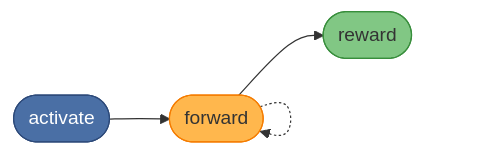
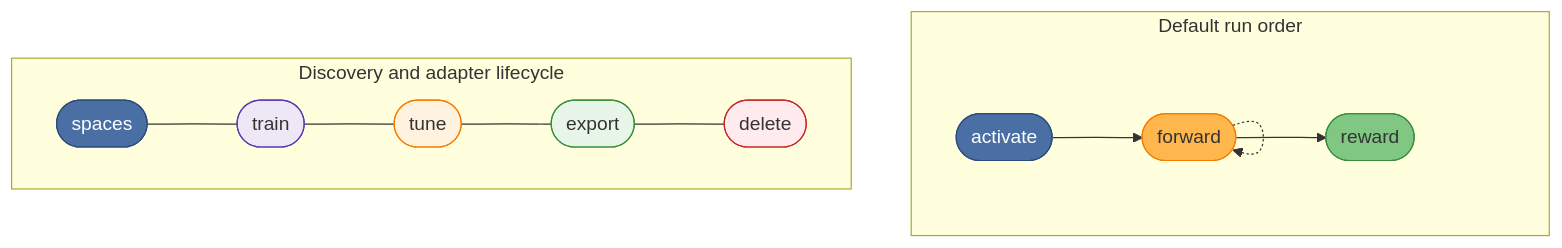
One commit to debian777/kairos-mcp changed the diagram in README.md. Above: the diagram before and after it, drawn with Mermaid. The commit also changed other lines of this file, not shown here.

Commit message:
docs(readme): show all eight MCP tools in Mermaid diagram
- Split into run order (activate/forward/reward) and lifecycle row
  (spaces/train/tune/export/delete)
- Clarify intro copy so 'three ideas' is not confused with tool count

````diff
--- a/README.md
+++ b/README.md
@@ -29,8 +31,21 @@
 ```mermaid
-flowchart LR
-  A([activate]) --> B([forward]) --> D([reward])
-  B -.-> B
+flowchart TB
+  subgraph run["Default run order"]
+    direction LR
+    A([activate]) --> B([forward])
+    B -.-> B
+    B --> D([reward])
+  end
+  subgraph more["Discovery and adapter lifecycle"]
+    direction LR
+    S([spaces]) --- TR([train]) --- TU([tune]) --- EX([export]) --- DL([delete])
+  end
   style A fill:#4a6fa5,stroke:#2d4a7a,color:#fff
   style B fill:#ffb74d,stroke:#f57c00,color:#333
   style D fill:#81c784,stroke:#388e3c,color:#333
+  style S fill:#4a6fa5,stroke:#2d4a7a,color:#fff
+  style TR fill:#ede7f6,stroke:#5e35b1,color:#333
+  style TU fill:#fff3e0,stroke:#f57c00,color:#333
+  style EX fill:#e8f5e9,stroke:#388e3c,color:#333
+  style DL fill:#ffebee,stroke:#c62828,color:#333
 ```
````
